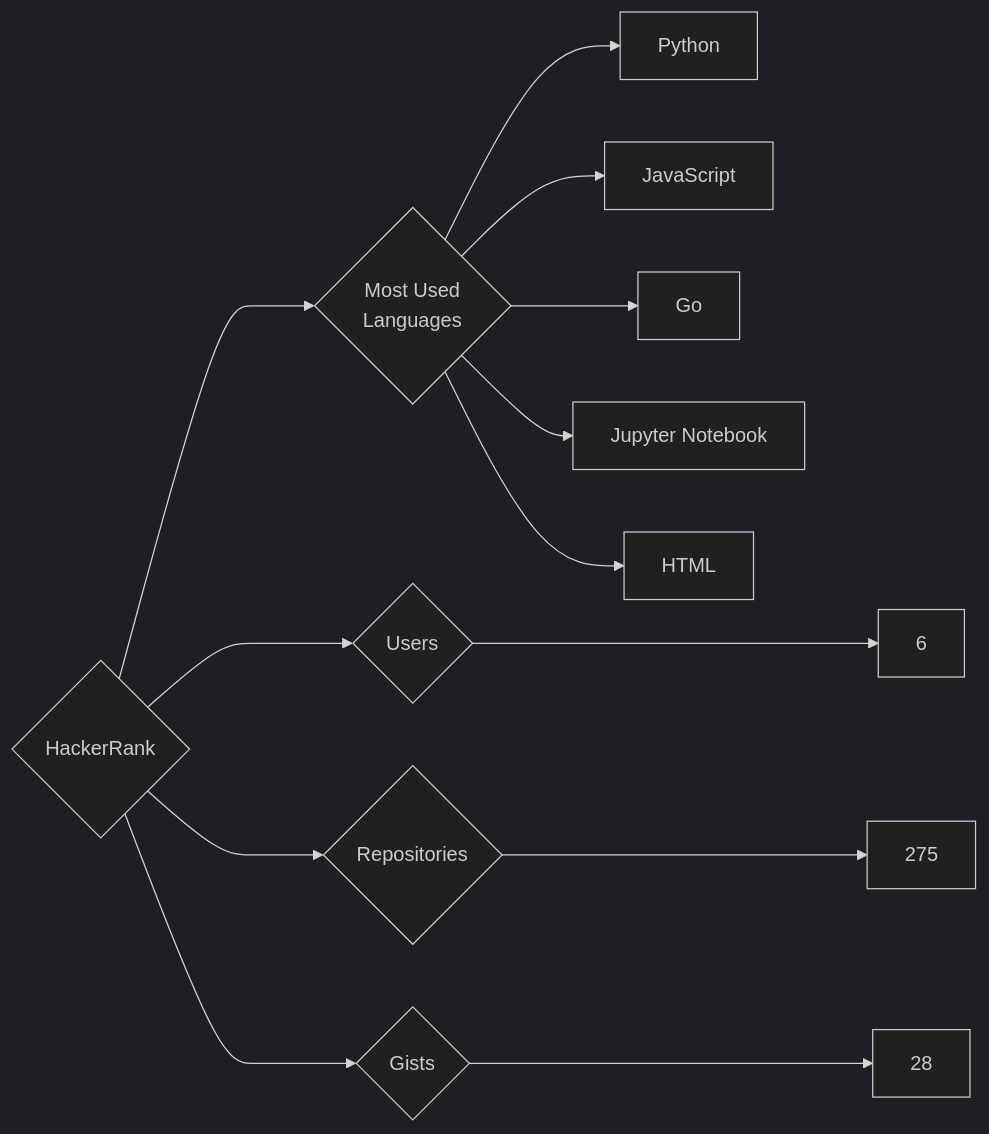
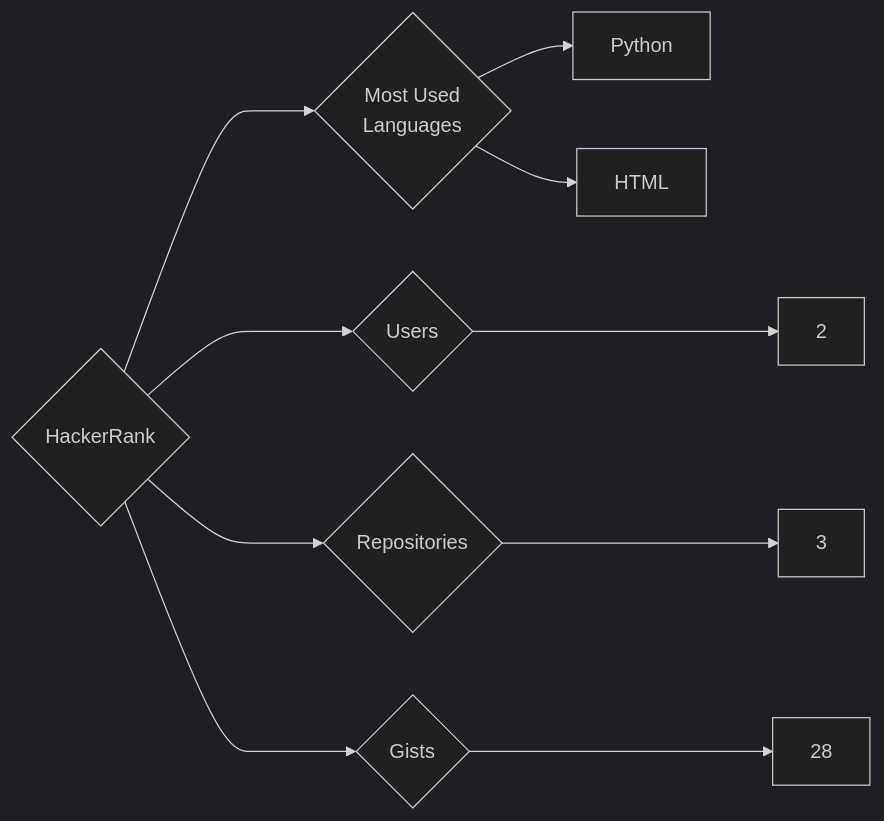
The diagram in targets/HackerRank/README.md (trickest/insiders), drawn with Mermaid (dark theme) before and after one commit. The commit also changed 559 other files, not shown here.

````diff
--- a/targets/HackerRank/README.md
+++ b/targets/HackerRank/README.md
@@ -3,13 +3,10 @@
 ```mermaid
 graph LR
 COMPANY_NAME{HackerRank}
-COMPANY_NAME ---> U{Users} ---> UN[6]
-COMPANY_NAME ---> R{Repositories} ---> RN[275]
+COMPANY_NAME ---> U{Users} ---> UN[2]
+COMPANY_NAME ---> R{Repositories} ---> RN[3]
 COMPANY_NAME ---> G{Gists} ---> GN[28]
 COMPANY_NAME ---> ML{Most Used<br>Languages}
 ML --> Python[Python]
-ML --> JavaScript[JavaScript]
-ML --> Go[Go]
-ML --> Jupyter_Notebook[Jupyter Notebook]
 ML --> HTML[HTML]
 ```
````
